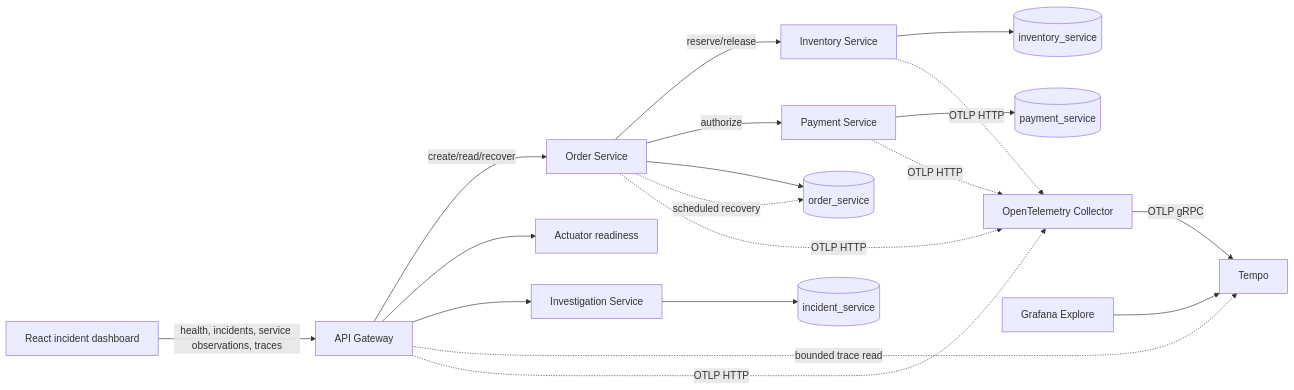
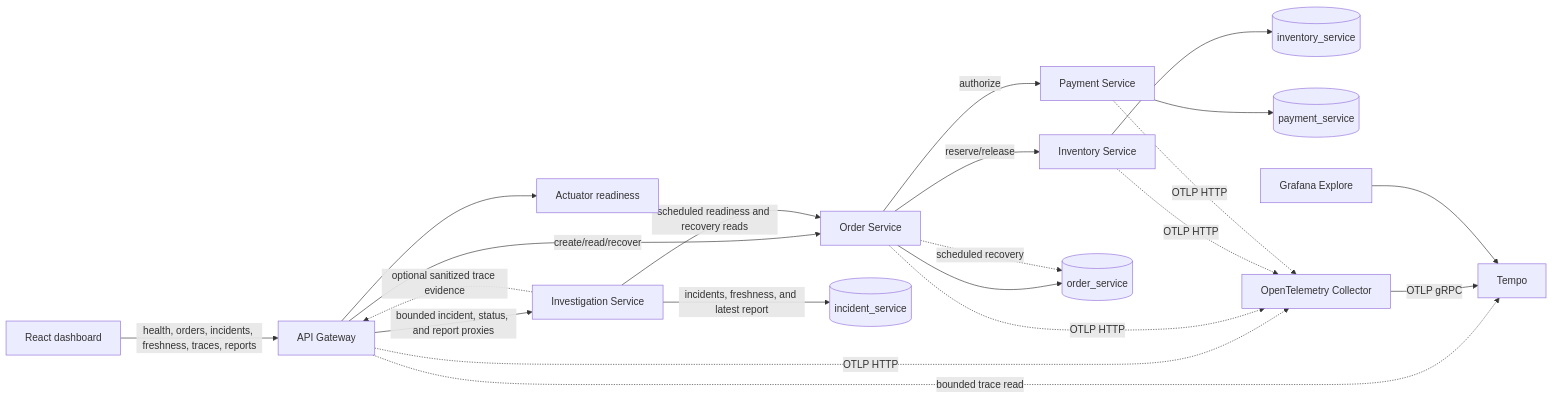
The first of 2 diagrams in docs/architecture.md (LohithaK25/TraceForge), drawn with Mermaid before and after one commit. The commit also changed other lines of this file and 18 other files, not shown here.

````diff
--- a/docs/architecture.md
+++ b/docs/architecture.md
@@ -7,21 +7,23 @@
 ```mermaid
 flowchart LR
-  Browser[React incident dashboard] -->|health, incidents, service observations, traces| Gateway[API Gateway]
+  Browser[React dashboard] -->|health, orders, incidents, freshness, traces, reports| Gateway[API Gateway]
   Gateway -->|create/read/recover| Order[Order Service]
   Order -->|reserve/release| Inventory[Inventory Service]
   Order -->|authorize| Payment[Payment Service]
   Order --> OrderDB[(order_service)]
   Inventory --> InventoryDB[(inventory_service)]
   Payment --> PaymentDB[(payment_service)]
   Order -. scheduled recovery .-> OrderDB
   Gateway --> Actuator[Actuator readiness]
-  Gateway --> Investigation[Investigation Service]
-  Investigation --> IncidentDB[(incident_service)]
+  Gateway -->|bounded incident, status, and report proxies| Investigation[Investigation Service]
+  Investigation -->|scheduled readiness and recovery reads| Order
+  Investigation -->|incidents, freshness, and latest report| IncidentDB[(incident_service)]
+  Investigation -. optional sanitized trace evidence .-> Gateway
   Gateway -. bounded trace read .-> Tempo[Tempo]
   Gateway -. OTLP HTTP .-> Collector[OpenTelemetry Collector]
   Order -. OTLP HTTP .-> Collector
   Inventory -. OTLP HTTP .-> Collector
   Payment -. OTLP HTTP .-> Collector
   Collector -->|OTLP gRPC| Tempo[Tempo]
   Grafana[Grafana Explore] --> Tempo
 ```
````
